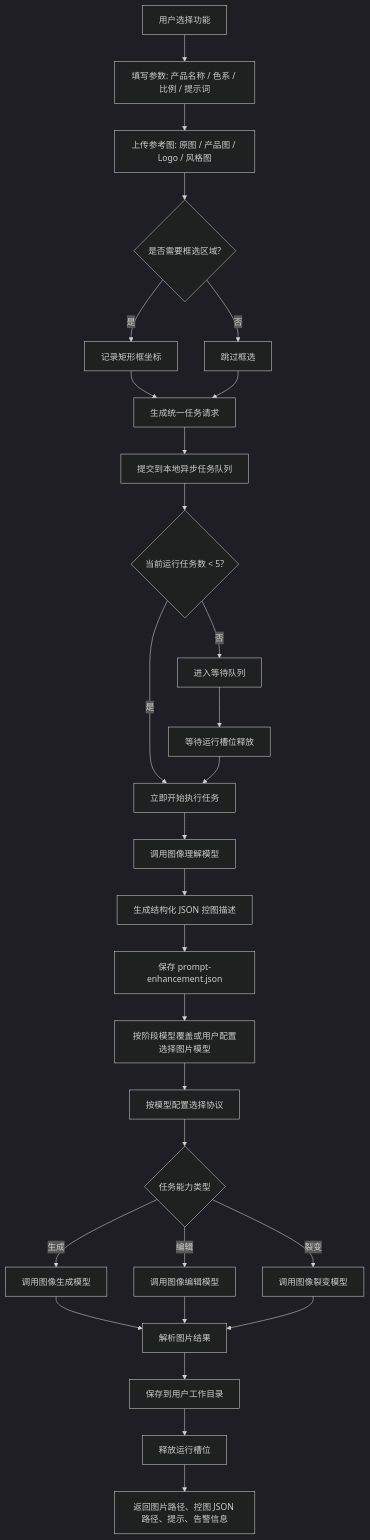
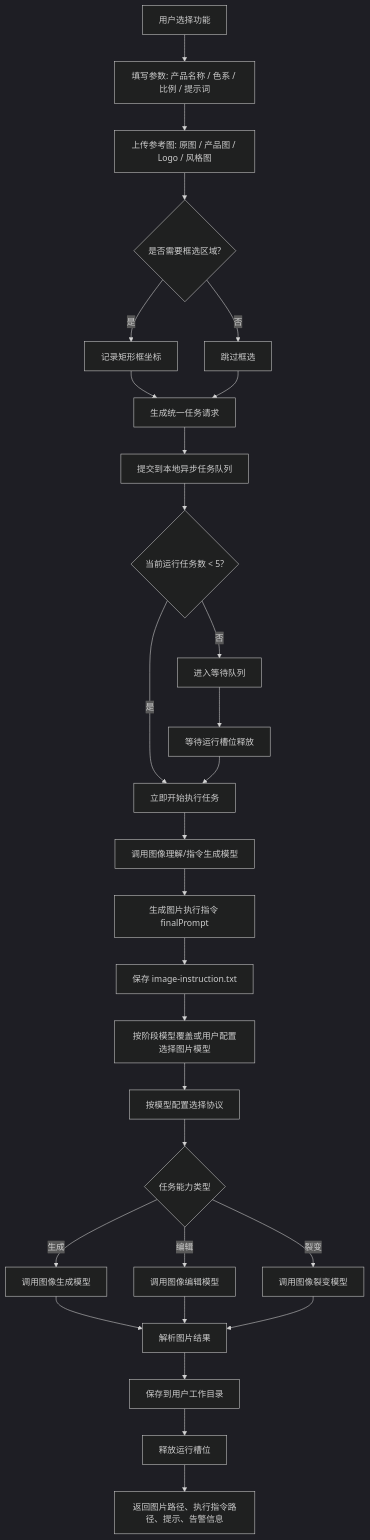
One commit to Hayreal/Tickpic changed the first of 3 diagrams in docs/ai-image-api-implementation-plan.md. Above: the diagram before and after it, drawn with Mermaid (dark theme). The commit also changed other lines of this file and 15 other files, not shown here.

````diff
--- a/docs/ai-image-api-implementation-plan.md
+++ b/docs/ai-image-api-implementation-plan.md
@@ -256,35 +276,35 @@
 ```mermaid
 flowchart TD
   A["用户选择功能"] --> B["填写参数: 产品名称 / 色系 / 比例 / 提示词"]
   B --> C["上传参考图: 原图 / 产品图 / Logo / 风格图"]
   C --> D{"是否需要框选区域?"}
   D -->|是| E["记录矩形框坐标"]
   D -->|否| F["跳过框选"]
   E --> G["生成统一任务请求"]
   F --> G["生成统一任务请求"]
 
   G --> H["提交到本地异步任务队列"]
   H --> I{"当前运行任务数 < 5?"}
   I -->|是| J["立即开始执行任务"]
   I -->|否| K["进入等待队列"]
   K --> L["等待运行槽位释放"]
   L --> J
 
-  J --> M["调用图像理解模型"]
-  M --> N["生成结构化 JSON 控图描述"]
-  N --> O["保存 prompt-enhancement.json"]
+  J --> M["调用图像理解/指令生成模型"]
+  M --> N["生成图片执行指令 finalPrompt"]
+  N --> O["保存 image-instruction.txt"]
   O --> P["按阶段模型覆盖或用户配置选择图片模型"]
   P --> Q["按模型配置选择协议"]
   Q --> R{"任务能力类型"}
   R -->|生成| S["调用图像生成模型"]
   R -->|编辑| T["调用图像编辑模型"]
   R -->|裂变| U["调用图像裂变模型"]
 
   S --> V["解析图片结果"]
   T --> V["解析图片结果"]
   U --> V["解析图片结果"]
 
   V --> W["保存到用户工作目录"]
   W --> X["释放运行槽位"]
-  X --> Y["返回图片路径、控图 JSON 路径、提示、告警信息"]
+  X --> Y["返回图片路径、执行指令路径、提示、告警信息"]
 ```
````
